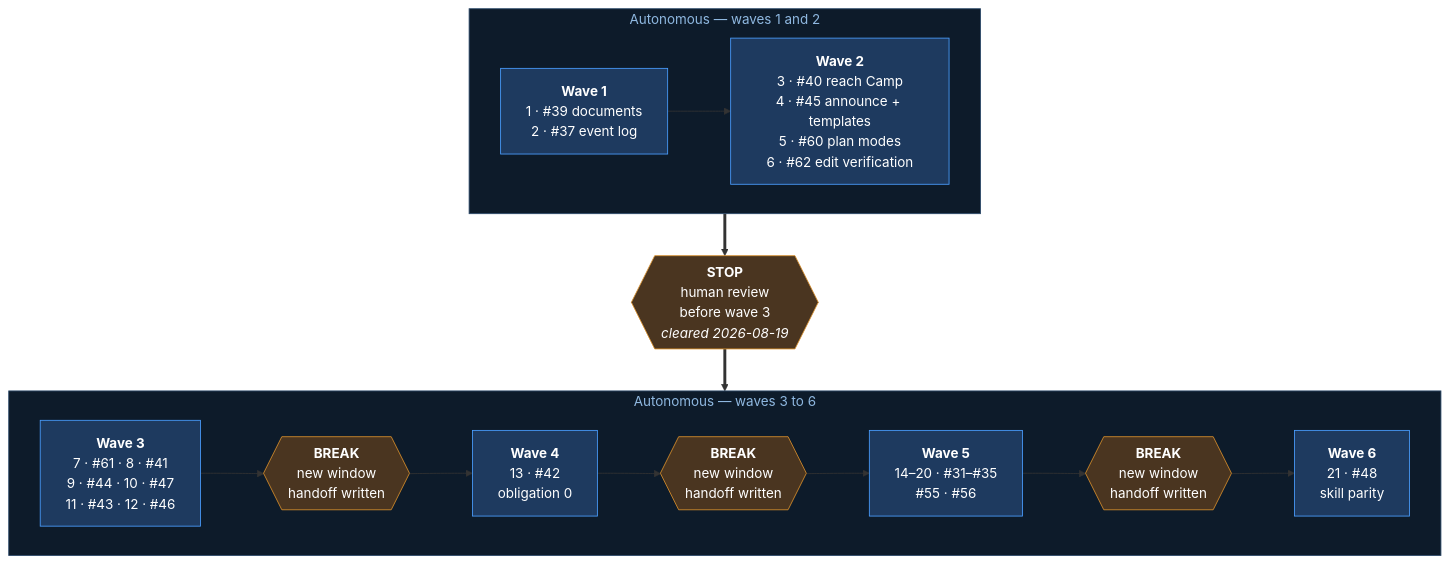
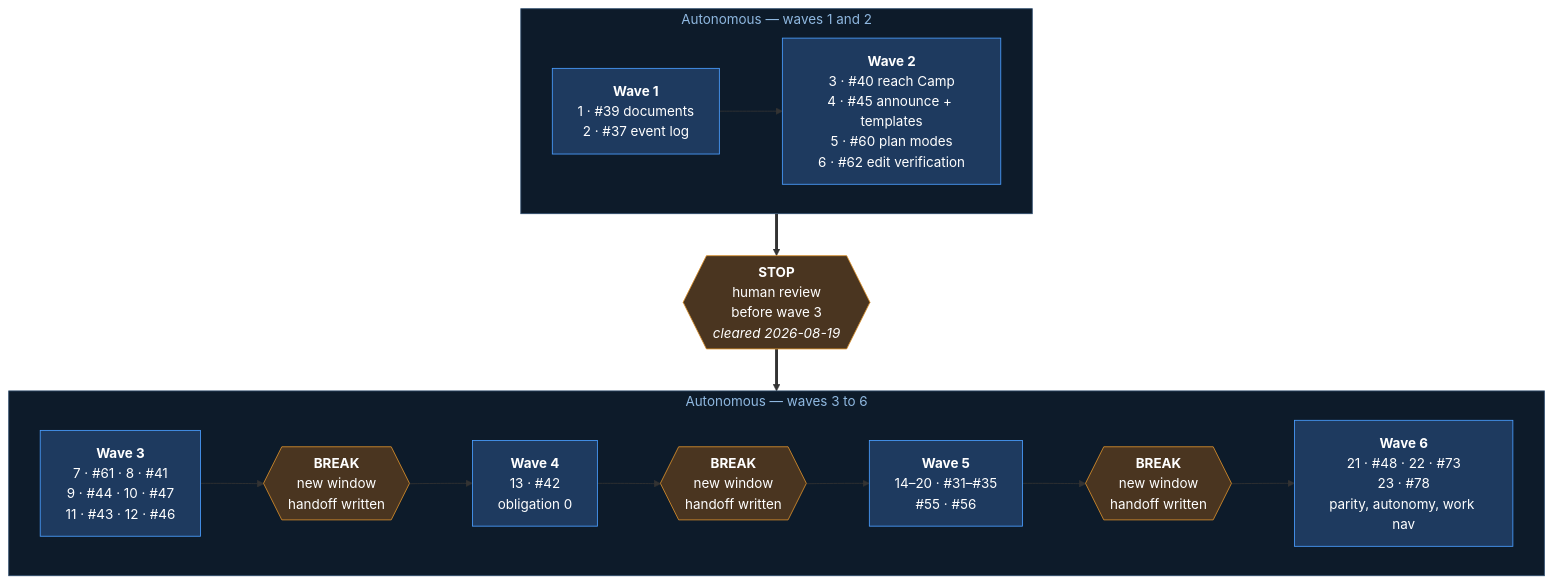
The third of 3 diagrams in docs/arc-log/arc-03-camp.md (Calyx-Engineering/arc), drawn with Mermaid before and after one commit. The commit also changed other lines of this file and 3 other files, not shown here.

````diff
--- a/docs/arc-log/arc-03-camp.md
+++ b/docs/arc-log/arc-03-camp.md
@@ -161,24 +161,24 @@
 ```mermaid
 flowchart TB
     subgraph A[" Autonomous — waves 1 and 2 "]
         direction LR
         W1["<b>Wave 1</b><br/>1 · #39 documents<br/>2 · #37 event log"] --> W2["<b>Wave 2</b><br/>3 · #40 reach Camp<br/>4 · #45 announce + templates<br/>5 · #60 plan modes<br/>6 · #62 edit verification"]
     end
     A ==> STOP{{"<b>STOP</b><br/>human review<br/>before wave 3<br/><i>cleared 2026-08-19</i>"}}
     subgraph B[" Autonomous — waves 3 to 6 "]
         direction LR
         W3["<b>Wave 3</b><br/>7 · #61 · 8 · #41<br/>9 · #44 · 10 · #47<br/>11 · #43 · 12 · #46"] --> BR3{{"<b>BREAK</b><br/>new window<br/>handoff written"}}
         BR3 --> W4["<b>Wave 4</b><br/>13 · #42<br/>obligation 0"]
         W4 --> BR4{{"<b>BREAK</b><br/>new window<br/>handoff written"}}
         BR4 --> W5["<b>Wave 5</b><br/>14–20 · #31–#35<br/>#55 · #56"]
         W5 --> BR5{{"<b>BREAK</b><br/>new window<br/>handoff written"}}
-        BR5 --> W6["<b>Wave 6</b><br/>21 · #48<br/>skill parity"]
+        BR5 --> W6["<b>Wave 6</b><br/>21 · #48 · 22 · #73<br/>23 · #78<br/>parity, autonomy, work nav"]
     end
     STOP ==> B
     classDef n fill:#1e3a5f,stroke:#4a9eff,color:#fff
     classDef s fill:#4a3520,stroke:#d98f2b,color:#fff
     class W1,W2,W3,W4,W5,W6 n
     class STOP,BR3,BR4,BR5 s
     style A fill:#0d1b2a,stroke:#2c4a6b,color:#8fb8e0
     style B fill:#0d1b2a,stroke:#2c4a6b,color:#8fb8e0
 ```
````
